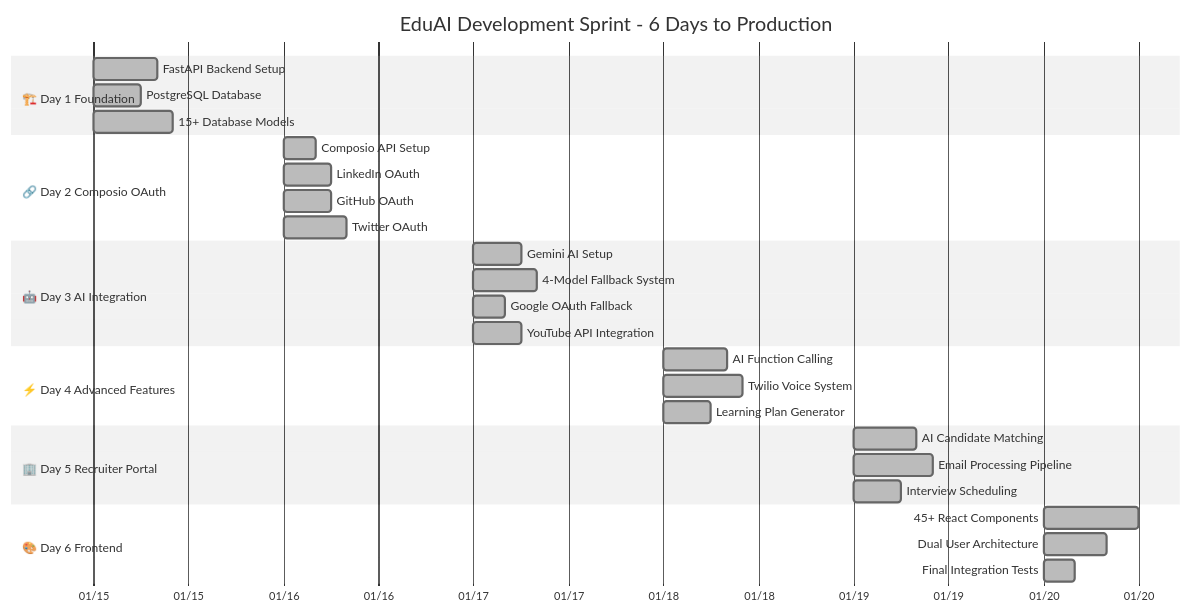
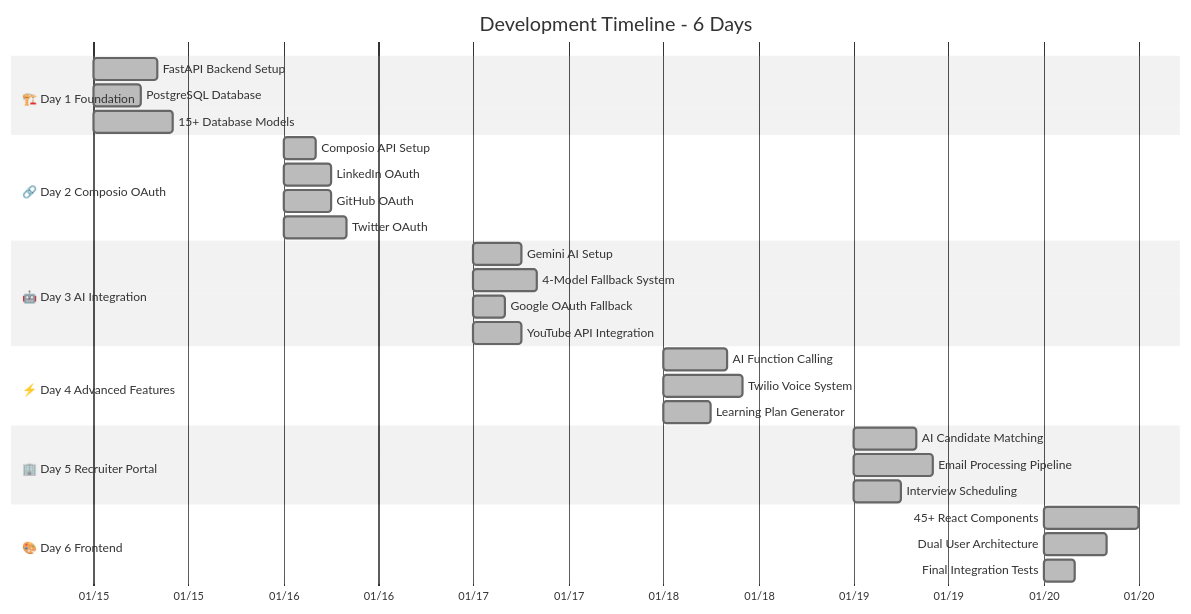
One commit to abhiabhi150614/learning-recruiter-platform changed the first of 16 diagrams in FRICTION_LOG.md. Above: the diagram before and after it, drawn with Mermaid (neutral theme). The commit also changed other lines of this file, not shown here.

````diff
--- a/FRICTION_LOG.md
+++ b/FRICTION_LOG.md
@@ -19,38 +15,38 @@
 ```mermaid
 gantt
-    title EduAI Development Sprint - 6 Days to Production
+    title Development Timeline - 6 Days
     dateFormat YYYY-MM-DD
     axisFormat %m/%d
     
     section 🏗️ Day 1 Foundation
     FastAPI Backend Setup    :done, day1a, 2024-01-15, 8h
     PostgreSQL Database      :done, day1b, 2024-01-15, 6h
     15+ Database Models      :done, day1c, 2024-01-15, 10h
     
     section 🔗 Day 2 Composio OAuth
     Composio API Setup       :done, day2a, 2024-01-16, 4h
     LinkedIn OAuth           :done, day2b, 2024-01-16, 6h
     GitHub OAuth             :done, day2c, 2024-01-16, 6h
     Twitter OAuth            :done, day2d, 2024-01-16, 8h
     
     section 🤖 Day 3 AI Integration
     Gemini AI Setup          :done, day3a, 2024-01-17, 6h
     4-Model Fallback System  :done, day3b, 2024-01-17, 8h
     Google OAuth Fallback    :done, day3c, 2024-01-17, 4h
     YouTube API Integration  :done, day3d, 2024-01-17, 6h
     
     section ⚡ Day 4 Advanced Features
     AI Function Calling      :done, day4a, 2024-01-18, 8h
     Twilio Voice System      :done, day4b, 2024-01-18, 10h
     Learning Plan Generator  :done, day4c, 2024-01-18, 6h
     
     section 🏢 Day 5 Recruiter Portal
     AI Candidate Matching    :done, day5a, 2024-01-19, 8h
     Email Processing Pipeline :done, day5b, 2024-01-19, 10h
     Interview Scheduling     :done, day5c, 2024-01-19, 6h
     
     section 🎨 Day 6 Frontend
     45+ React Components     :done, day6a, 2024-01-20, 12h
     Dual User Architecture   :done, day6b, 2024-01-20, 8h
     Final Integration Tests  :done, day6c, 2024-01-20, 4h
 ```
````
